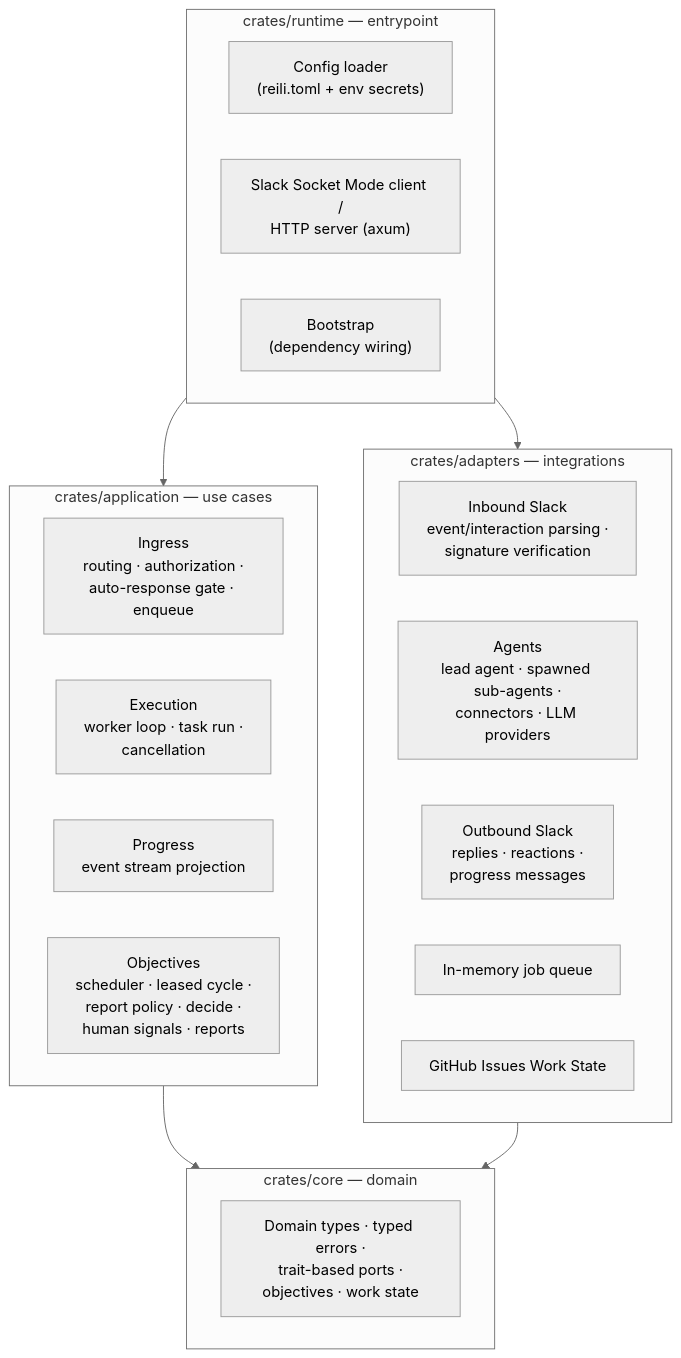
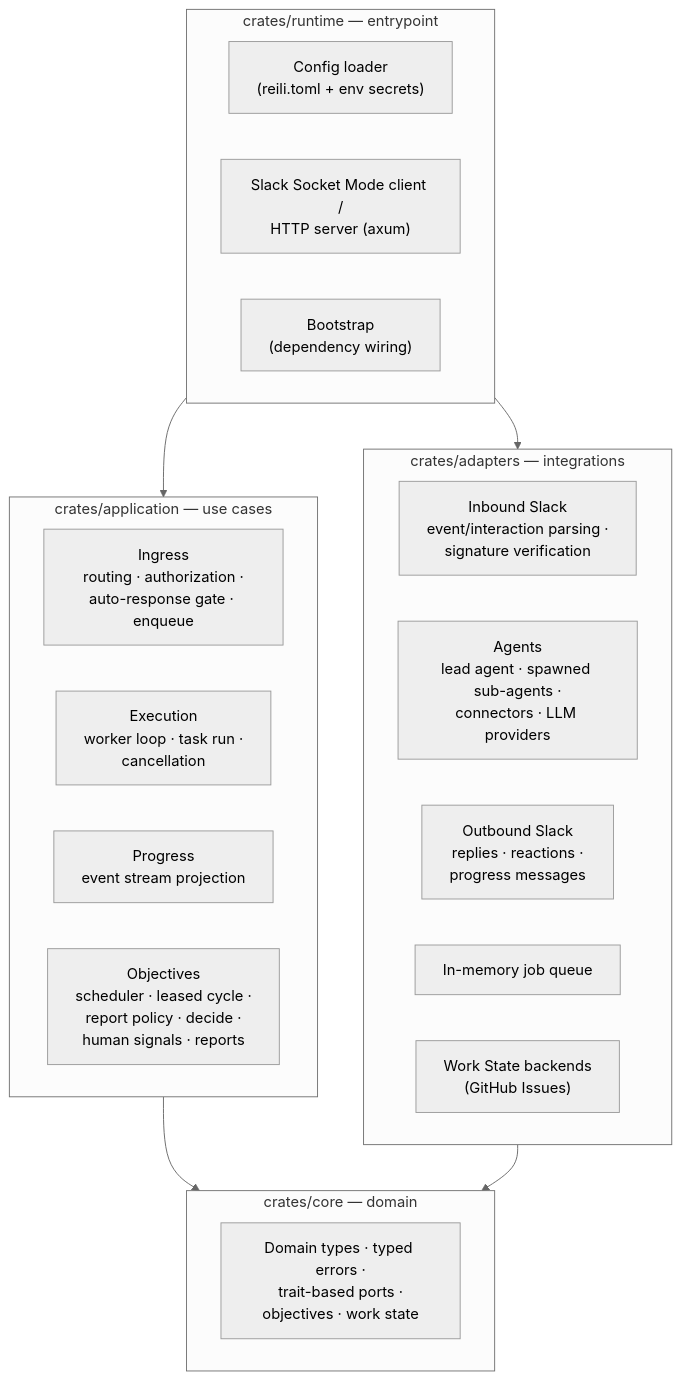
Before and after one commit to reilidev/reili: the diagram in docs/architecture.md, drawn with Mermaid (neutral theme). The commit also changed other lines of this file and 31 other files, not shown here.

````diff
--- a/docs/architecture.md
+++ b/docs/architecture.md
@@ -10,32 +10,32 @@
 ```mermaid
 flowchart TB
     subgraph runtime["crates/runtime — entrypoint"]
         CONFIG["Config loader<br/>(reili.toml + env secrets)"]
         SERVE["Slack Socket Mode client /<br/>HTTP server (axum)"]
         BOOT["Bootstrap<br/>(dependency wiring)"]
     end
 
     subgraph application["crates/application — use cases"]
         INGRESS["Ingress<br/>routing · authorization ·<br/>auto-response gate · enqueue"]
         EXEC["Execution<br/>worker loop · task run ·<br/>cancellation"]
         PROGRESS["Progress<br/>event stream projection"]
         OBJECTIVE["Objectives<br/>scheduler · leased cycle ·<br/>report policy · decide ·<br/>human signals · reports"]
     end
 
     subgraph adapters["crates/adapters — integrations"]
         INBOUND["Inbound Slack<br/>event/interaction parsing ·<br/>signature verification"]
         AGENTS["Agents<br/>lead agent · spawned sub-agents ·<br/>connectors · LLM providers"]
         OUTBOUND["Outbound Slack<br/>replies · reactions ·<br/>progress messages"]
         QUEUE["In-memory job queue"]
-        WORK["GitHub Issues Work State"]
+        WORK["Work State backends<br/>(GitHub Issues)"]
     end
 
     subgraph core["crates/core — domain"]
         DOMAIN["Domain types · typed errors ·<br/>trait-based ports ·<br/>objectives · work state"]
     end
 
     runtime --> application
     runtime --> adapters
     application --> core
     adapters --> core
 ```
````
